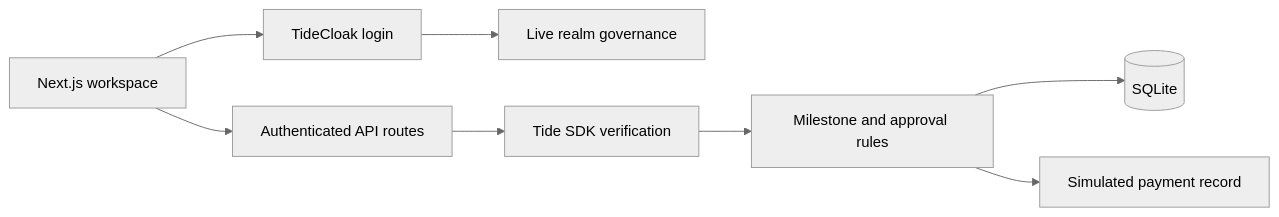
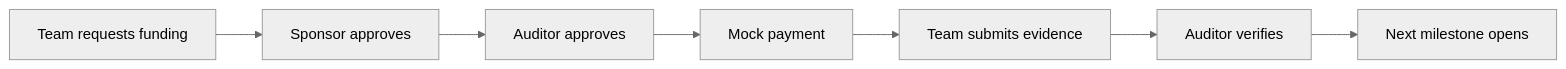
The diagram in README.md (TuanKhai1210/MilestonesTrust), drawn with Mermaid (neutral theme) before and after one commit. The commit also changed other lines of this file and 11 other files, not shown here.

````diff
--- a/README.md
+++ b/README.md
@@ -75,10 +33,9 @@
 ```mermaid
 flowchart LR
-  UI[Next.js workspace] --> API[Authenticated API routes]
-  UI --> TC[TideCloak login]
-  TC --> QEA[Live realm governance]
-  API --> JWT[Tide SDK verification]
-  JWT --> RULES[Milestone and approval rules]
-  RULES --> DB[(SQLite)]
-  RULES --> PAY[Simulated payment record]
+  A[Team requests funding] --> B[Sponsor approves]
+  B --> C[Auditor approves]
+  C --> D[Mock payment]
+  D --> E[Team submits evidence]
+  E --> F[Auditor verifies]
+  F --> G[Next milestone opens]
 ```
````
